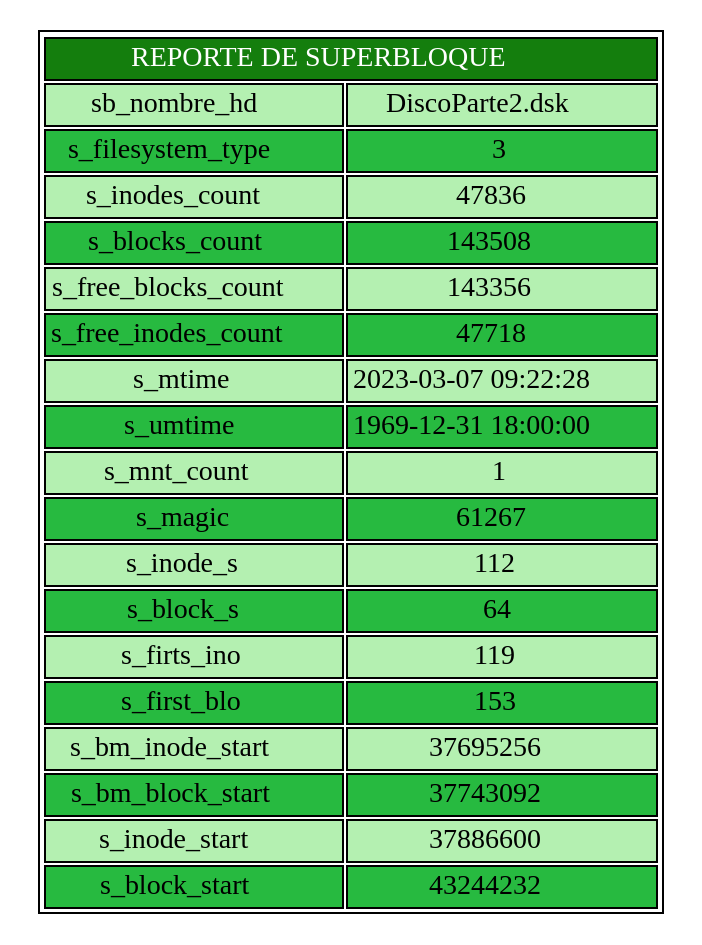
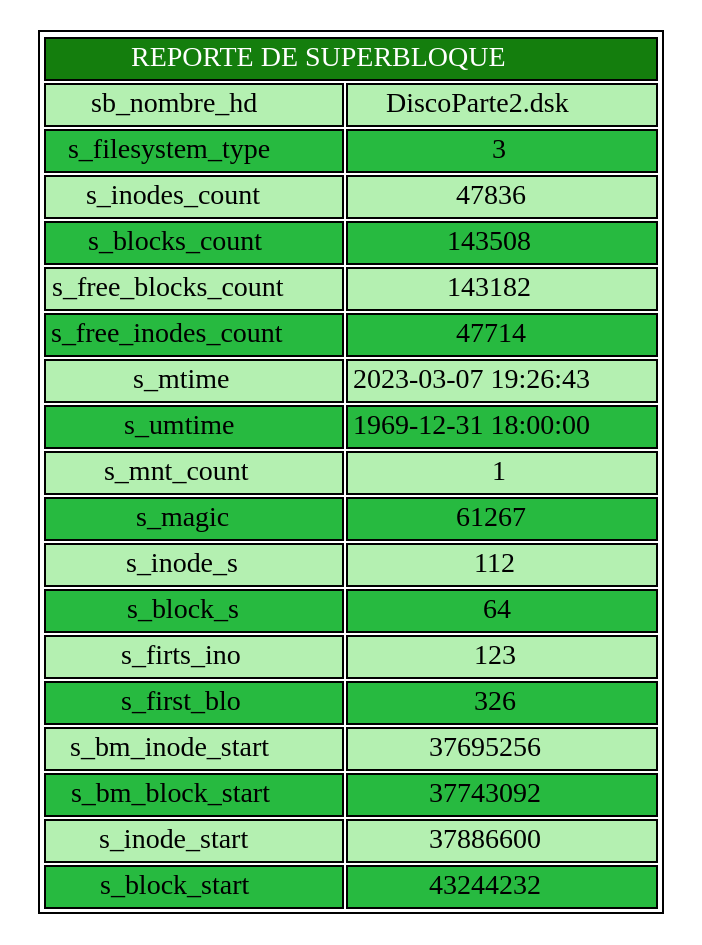
Before and after one commit to diegomazariegos2002/_MIA1S2023_PROYECTO1: the diagram in Proyecto/cmake-build-debug/rep.dot, drawn with Graphviz. The commit also changed 10 other files, not shown here.

```diff
--- a/Proyecto/cmake-build-debug/rep.dot
+++ b/Proyecto/cmake-build-debug/rep.dot
@@ -1,4 +1,4 @@
 digraph G {
 node[shape=none]
-start[label=<<table><tr><td colspan="2" bgcolor="#147e0d"><font color="white">REPORTE DE SUPERBLOQUE</font></td></tr><tr><td bgcolor="#b4f0b1">sb_nombre_hd</td><td bgcolor="#b4f0b1">DiscoParte2.dsk</td>)</tr><tr><td bgcolor="#27ba40">s_filesystem_type</td><td bgcolor="#27ba40">3</td>)</tr><tr><td bgcolor="#b4f0b1">s_inodes_count</td><td bgcolor="#b4f0b1">47836</td>)</tr><tr><td bgcolor="#27ba40">s_blocks_count</td><td bgcolor="#27ba40">143508</td>)</tr><tr><td bgcolor="#b4f0b1">s_free_blocks_count</td><td bgcolor="#b4f0b1">143356</td>)</tr><tr><td bgcolor="#27ba40">s_free_inodes_count</td><td bgcolor="#27ba40">47718</td>)</tr><tr><td bgcolor="#b4f0b1">s_mtime</td><td bgcolor="#b4f0b1">2023-03-07 09:22:28</td>)</tr><tr><td bgcolor="#27ba40">s_umtime</td><td bgcolor="#27ba40">1969-12-31 18:00:00</td>)</tr><tr><td bgcolor="#b4f0b1">s_mnt_count</td><td bgcolor="#b4f0b1">1</td>)</tr><tr><td bgcolor="#27ba40">s_magic</td><td bgcolor="#27ba40">61267</td>)</tr><tr><td bgcolor="#b4f0b1">s_inode_s</td><td bgcolor="#b4f0b1">112</td>)</tr><tr><td bgcolor="#27ba40">s_block_s</td><td bgcolor="#27ba40">64</td>)</tr><tr><td bgcolor="#b4f0b1">s_firts_ino</td><td bgcolor="#b4f0b1">119</td>)</tr><tr><td bgcolor="#27ba40">s_first_blo</td><td bgcolor="#27ba40">153</td>)</tr><tr><td bgcolor="#b4f0b1">s_bm_inode_start</td><td bgcolor="#b4f0b1">37695256</td>)</tr><tr><td bgcolor="#27ba40">s_bm_block_start</td><td bgcolor="#27ba40">37743092</td>)</tr><tr><td bgcolor="#b4f0b1">s_inode_start</td><td bgcolor="#b4f0b1">37886600</td>)</tr><tr><td bgcolor="#27ba40">s_block_start</td><td bgcolor="#27ba40">43244232</td>)</tr></table>>];
+start[label=<<table><tr><td colspan="2" bgcolor="#147e0d"><font color="white">REPORTE DE SUPERBLOQUE</font></td></tr><tr><td bgcolor="#b4f0b1">sb_nombre_hd</td><td bgcolor="#b4f0b1">DiscoParte2.dsk</td>)</tr><tr><td bgcolor="#27ba40">s_filesystem_type</td><td bgcolor="#27ba40">3</td>)</tr><tr><td bgcolor="#b4f0b1">s_inodes_count</td><td bgcolor="#b4f0b1">47836</td>)</tr><tr><td bgcolor="#27ba40">s_blocks_count</td><td bgcolor="#27ba40">143508</td>)</tr><tr><td bgcolor="#b4f0b1">s_free_blocks_count</td><td bgcolor="#b4f0b1">143182</td>)</tr><tr><td bgcolor="#27ba40">s_free_inodes_count</td><td bgcolor="#27ba40">47714</td>)</tr><tr><td bgcolor="#b4f0b1">s_mtime</td><td bgcolor="#b4f0b1">2023-03-07 19:26:43</td>)</tr><tr><td bgcolor="#27ba40">s_umtime</td><td bgcolor="#27ba40">1969-12-31 18:00:00</td>)</tr><tr><td bgcolor="#b4f0b1">s_mnt_count</td><td bgcolor="#b4f0b1">1</td>)</tr><tr><td bgcolor="#27ba40">s_magic</td><td bgcolor="#27ba40">61267</td>)</tr><tr><td bgcolor="#b4f0b1">s_inode_s</td><td bgcolor="#b4f0b1">112</td>)</tr><tr><td bgcolor="#27ba40">s_block_s</td><td bgcolor="#27ba40">64</td>)</tr><tr><td bgcolor="#b4f0b1">s_firts_ino</td><td bgcolor="#b4f0b1">123</td>)</tr><tr><td bgcolor="#27ba40">s_first_blo</td><td bgcolor="#27ba40">326</td>)</tr><tr><td bgcolor="#b4f0b1">s_bm_inode_start</td><td bgcolor="#b4f0b1">37695256</td>)</tr><tr><td bgcolor="#27ba40">s_bm_block_start</td><td bgcolor="#27ba40">37743092</td>)</tr><tr><td bgcolor="#b4f0b1">s_inode_start</td><td bgcolor="#b4f0b1">37886600</td>)</tr><tr><td bgcolor="#27ba40">s_block_start</td><td bgcolor="#27ba40">43244232</td>)</tr></table>>];
 }
```
